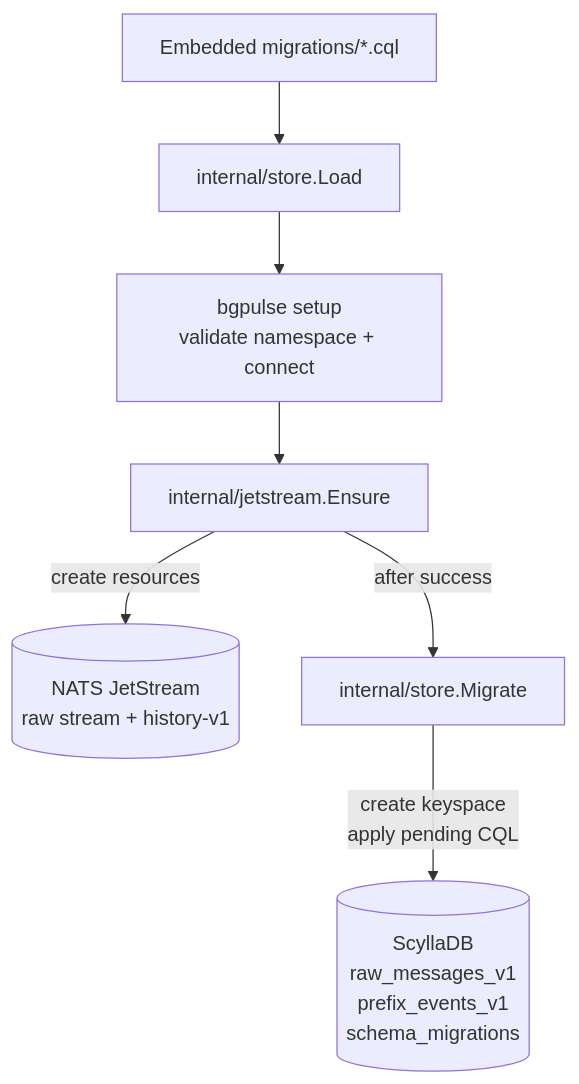
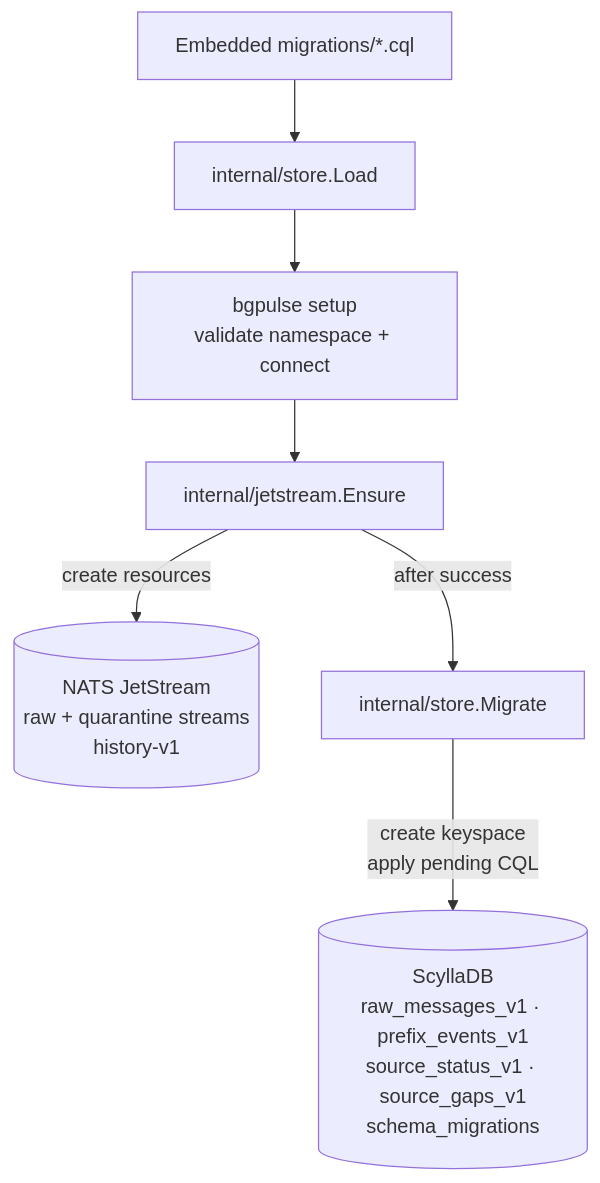
One commit to OutOfStack/bgpulse changed the fourth of 5 diagrams in docs/architecture.md. Above: the diagram before and after it, drawn with Mermaid. The commit also changed other lines of this file and 16 other files, not shown here.

````diff
--- a/docs/architecture.md
+++ b/docs/architecture.md
@@ -104,9 +104,9 @@
 ```mermaid
 flowchart TD
     cql["Embedded migrations/*.cql"] --> load["internal/store.Load"]
     load --> setup["bgpulse setup<br/>validate namespace + connect"]
     setup --> js["internal/jetstream.Ensure"]
-    js -->|"create resources"| nats[("NATS JetStream<br/>raw stream + history-v1")]
+    js -->|"create resources"| nats[("NATS JetStream<br/>raw + quarantine streams<br/>history-v1")]
     js -->|"after success"| migrate["internal/store.Migrate"]
-    migrate -->|"create keyspace<br/>apply pending CQL"| scylla[("ScyllaDB<br/>raw_messages_v1<br/>prefix_events_v1<br/>schema_migrations")]
+    migrate -->|"create keyspace<br/>apply pending CQL"| scylla[("ScyllaDB<br/>raw_messages_v1 · prefix_events_v1<br/>source_status_v1 · source_gaps_v1<br/>schema_migrations")]
 ```
````
